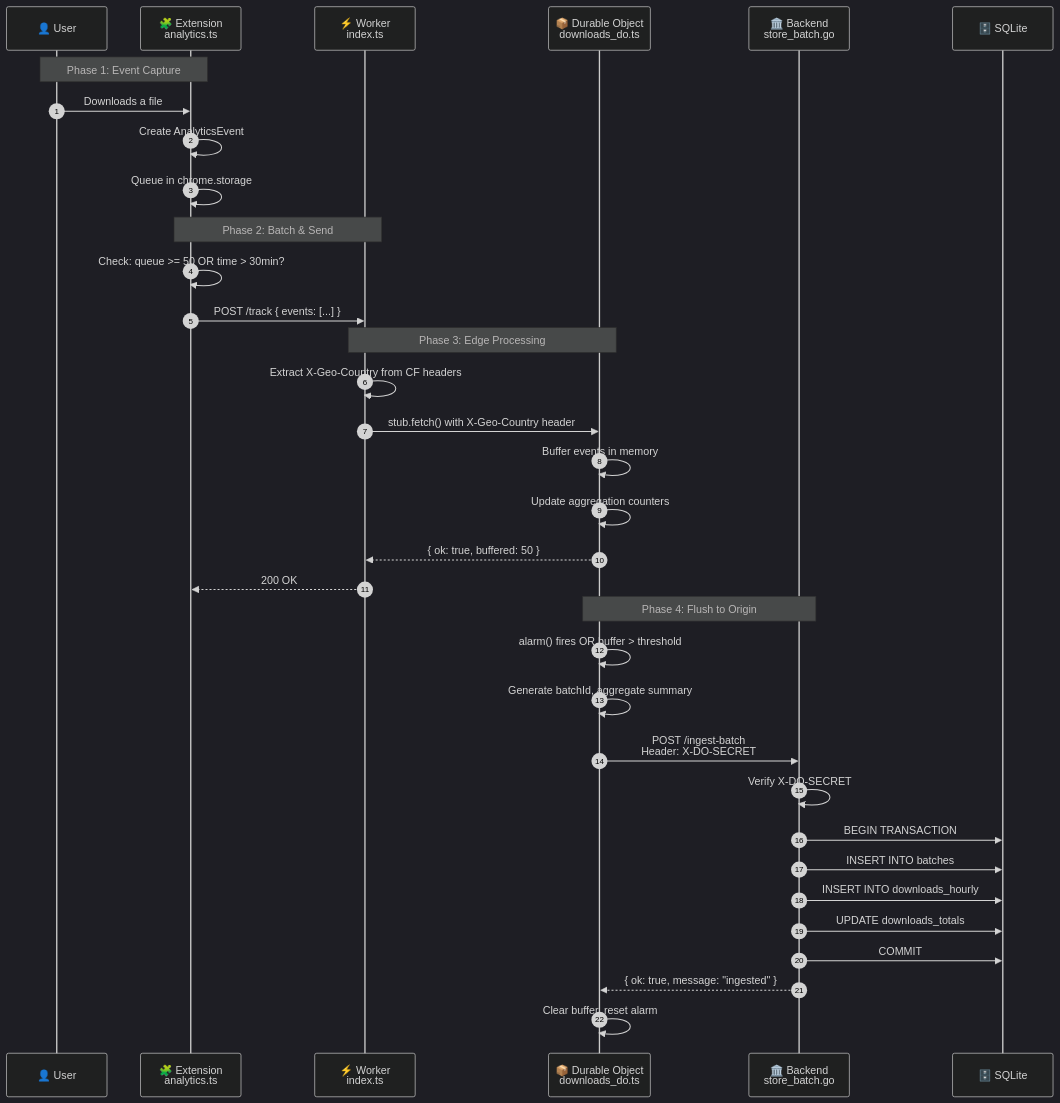
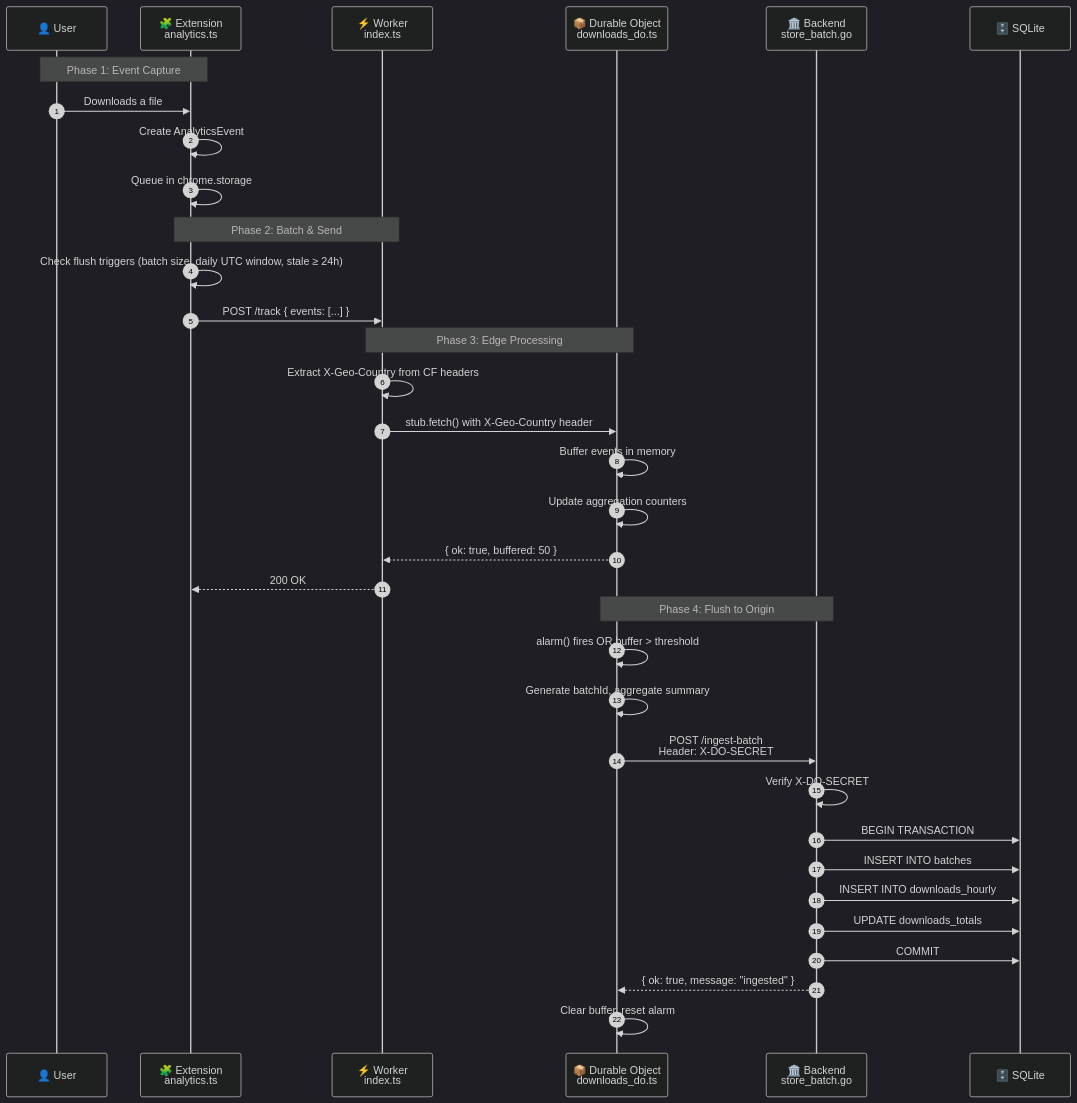
The third of 20 diagrams in ARCHITECTURE.md (adhamhaithameid/Classroom-Quick-Downloader), drawn with Mermaid (dark theme) before and after one commit. The commit also changed other lines of this file and 4 other files, not shown here.

````diff
--- a/ARCHITECTURE.md
+++ b/ARCHITECTURE.md
@@ -180,40 +180,40 @@
 ```mermaid
 sequenceDiagram
     autonumber
     participant User as 👤 User
     participant Ext as 🧩 Extension<br/>analytics.ts
     participant Worker as ⚡ Worker<br/>index.ts
     participant DO as 📦 Durable Object<br/>downloads_do.ts
     participant Backend as 🏛️ Backend<br/>store_batch.go
     participant DB as 🗄️ SQLite
 
     Note over User,Ext: Phase 1: Event Capture
     User->>Ext: Downloads a file
     Ext->>Ext: Create AnalyticsEvent
     Ext->>Ext: Queue in chrome.storage
 
     Note over Ext,Worker: Phase 2: Batch & Send
-    Ext->>Ext: Check: queue >= 50 OR time > 30min?
+    Ext->>Ext: Check flush triggers (batch size, daily UTC window, stale ≥ 24h)
     Ext->>Worker: POST /track { events: [...] }
   
     Note over Worker,DO: Phase 3: Edge Processing
     Worker->>Worker: Extract X-Geo-Country from CF headers
     Worker->>DO: stub.fetch() with X-Geo-Country header
     DO->>DO: Buffer events in memory
     DO->>DO: Update aggregation counters
     DO-->>Worker: { ok: true, buffered: 50 }
     Worker-->>Ext: 200 OK
 
     Note over DO,Backend: Phase 4: Flush to Origin
     DO->>DO: alarm() fires OR buffer > threshold
     DO->>DO: Generate batchId, aggregate summary
     DO->>Backend: POST /ingest-batch<br/>Header: X-DO-SECRET
     Backend->>Backend: Verify X-DO-SECRET
     Backend->>DB: BEGIN TRANSACTION
     Backend->>DB: INSERT INTO batches
     Backend->>DB: INSERT INTO downloads_hourly
     Backend->>DB: UPDATE downloads_totals
     Backend->>DB: COMMIT
     Backend-->>DO: { ok: true, message: "ingested" }
     DO->>DO: Clear buffer, reset alarm
 ```
````
